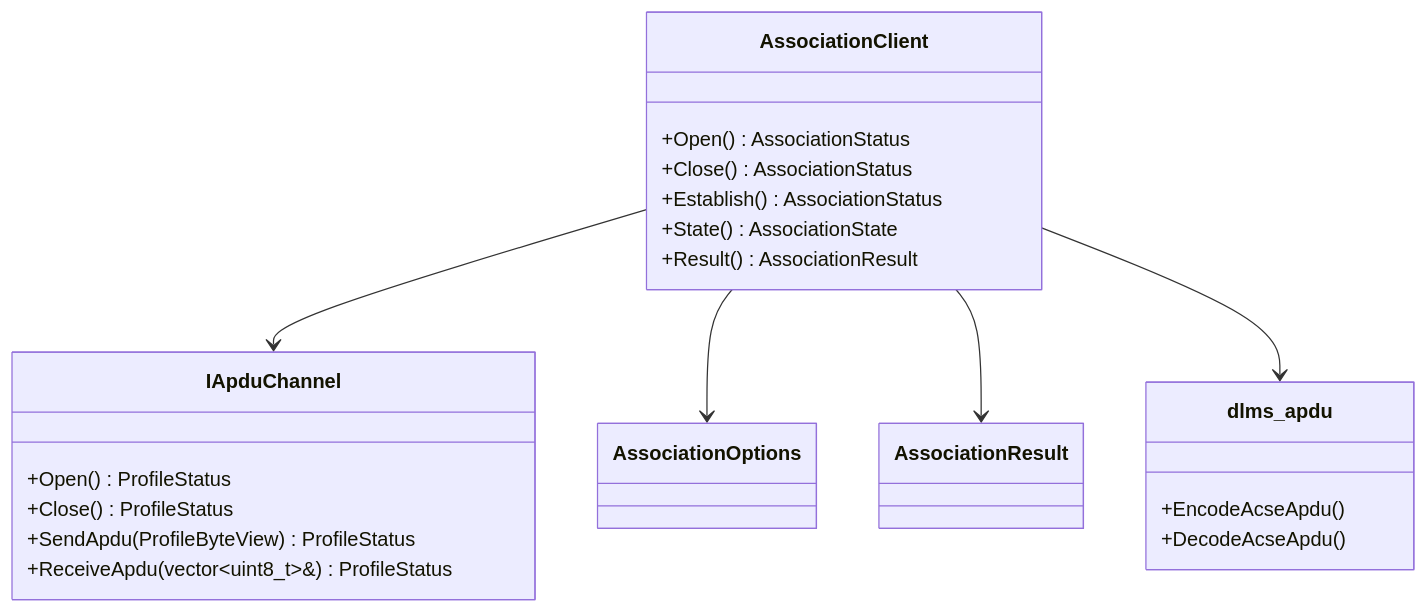
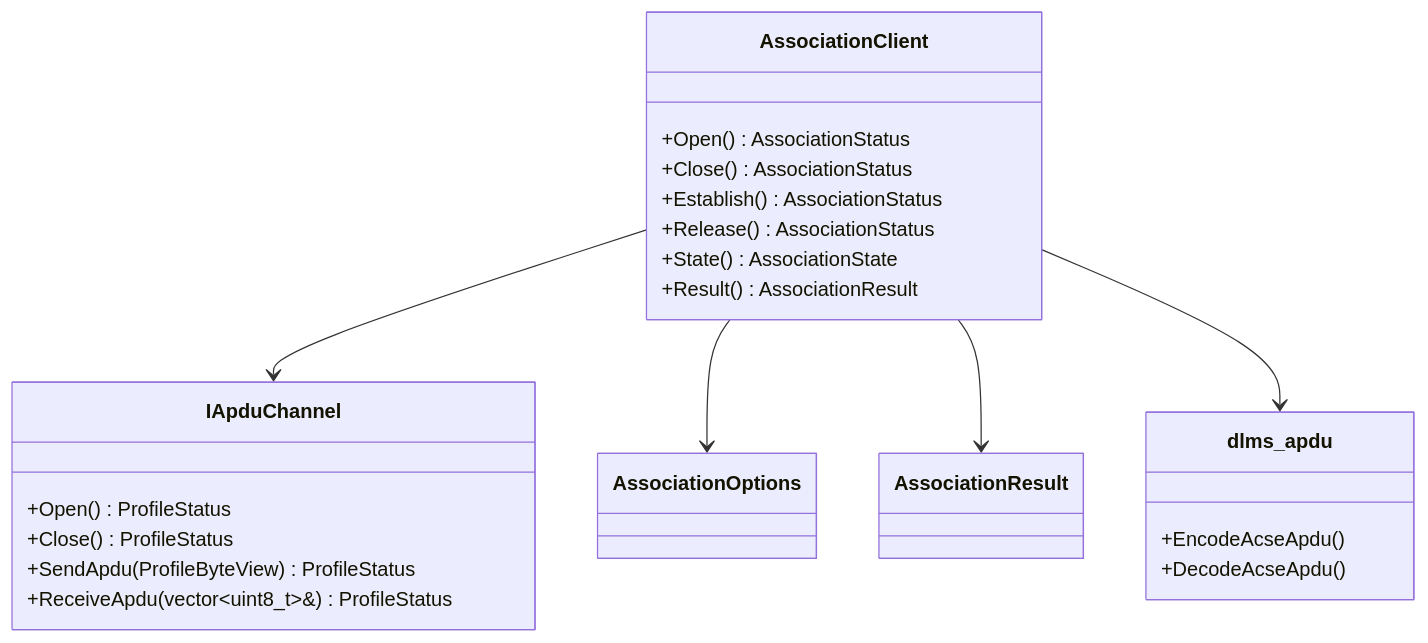
The fourth of 4 diagrams in docs/02_association_architecture.md (gvtret/dlms-association), drawn with Mermaid before and after one commit. The commit also changed other lines of this file and 3 other files, not shown here.

First line of the commit message:
docs(association): specify release phase contract

````diff
--- a/docs/02_association_architecture.md
+++ b/docs/02_association_architecture.md
@@ -53,29 +55,30 @@
 ```mermaid
 classDiagram
   class AssociationClient {
     +Open() AssociationStatus
     +Close() AssociationStatus
     +Establish() AssociationStatus
+    +Release() AssociationStatus
     +State() AssociationState
     +Result() AssociationResult
   }
 
   class IApduChannel {
     +Open() ProfileStatus
     +Close() ProfileStatus
     +SendApdu(ProfileByteView) ProfileStatus
     +ReceiveApdu(vector~uint8_t~&) ProfileStatus
   }
 
   class AssociationOptions
   class AssociationResult
   class dlms_apdu {
     +EncodeAcseApdu()
     +DecodeAcseApdu()
   }
 
   AssociationClient --> IApduChannel
   AssociationClient --> AssociationOptions
   AssociationClient --> AssociationResult
   AssociationClient --> dlms_apdu
 ```
````
